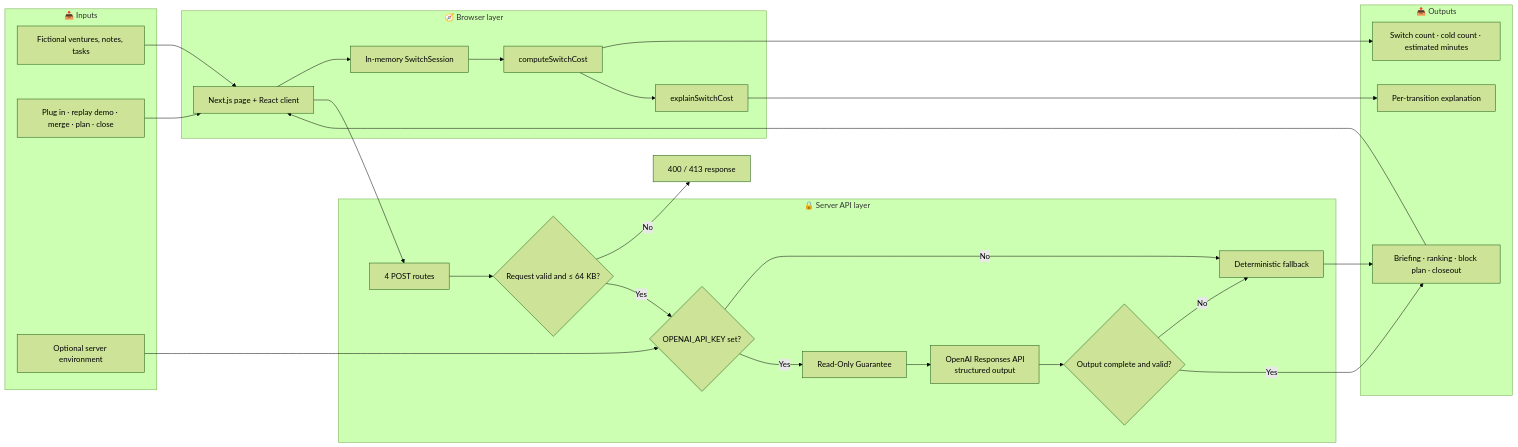
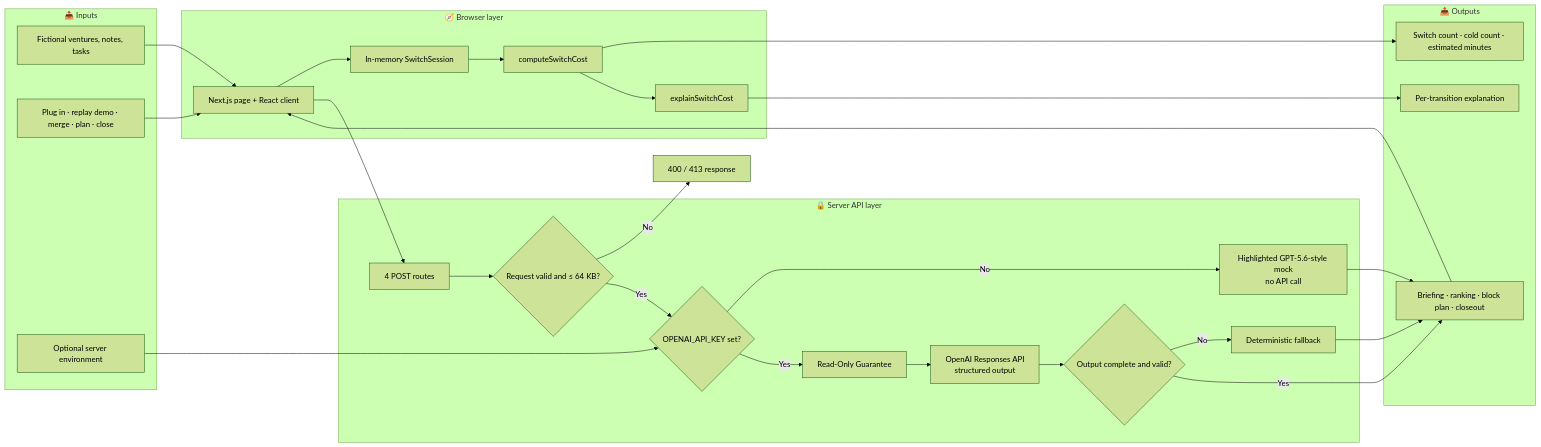
Before and after one commit to manojmallick/switch-board: the diagram in README.md, drawn with Mermaid (forest theme). The commit also changed other lines of this file and 17 other files, not shown here.

Commit message:
feat(mock): highlight credential-free GPT-5.6 responses

````diff
--- a/README.md
+++ b/README.md
@@ -63,47 +63,49 @@
 ```mermaid
 flowchart LR
   subgraph Inputs["📥 Inputs"]
     Fixtures["Fictional ventures, notes, tasks"]
     Actions["Plug in · replay demo · merge · plan · close"]
     Env["Optional server environment"]
   end
 
   subgraph Client["🧭 Browser layer"]
     UI["Next.js page + React client"]
     Session["In-memory SwitchSession"]
     Measure["computeSwitchCost"]
     Explain["explainSwitchCost"]
   end
 
   subgraph Server["🔒 Server API layer"]
     Routes["4 POST routes"]
     ValidateIn{"Request valid and ≤ 64 KB?"}
     HasKey{"OPENAI_API_KEY set?"}
     Guard["Read-Only Guarantee"]
     OpenAI["OpenAI Responses API\nstructured output"]
     ValidateOut{"Output complete and valid?"}
+    Mock["Highlighted GPT-5.6-style mock\nno API call"]
     Fallback["Deterministic fallback"]
   end
 
   subgraph Outputs["📤 Outputs"]
     Metrics["Switch count · cold count · estimated minutes"]
     Timeline["Per-transition explanation"]
     Assisted["Briefing · ranking · block plan · closeout"]
   end
 
   Fixtures --> UI
   Actions --> UI
   UI --> Session --> Measure
   Measure --> Metrics
   Measure --> Explain --> Timeline
   UI --> Routes --> ValidateIn
   ValidateIn -- "No" --> Error["400 / 413 response"]
   ValidateIn -- "Yes" --> HasKey
   Env --> HasKey
-  HasKey -- "No" --> Fallback
+  HasKey -- "No" --> Mock
   HasKey -- "Yes" --> Guard --> OpenAI --> ValidateOut
   ValidateOut -- "No" --> Fallback
   ValidateOut -- "Yes" --> Assisted
+  Mock --> Assisted
   Fallback --> Assisted
   Assisted --> UI
 ```
````
